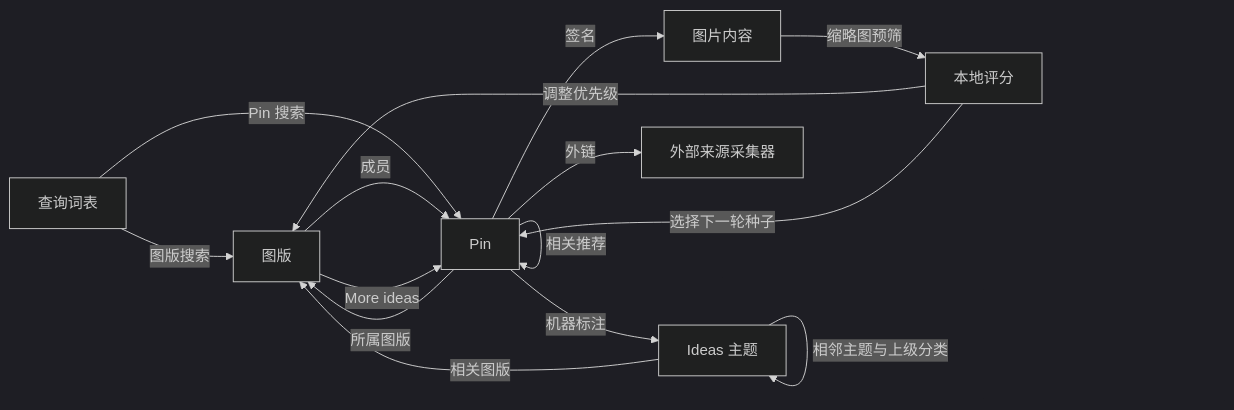
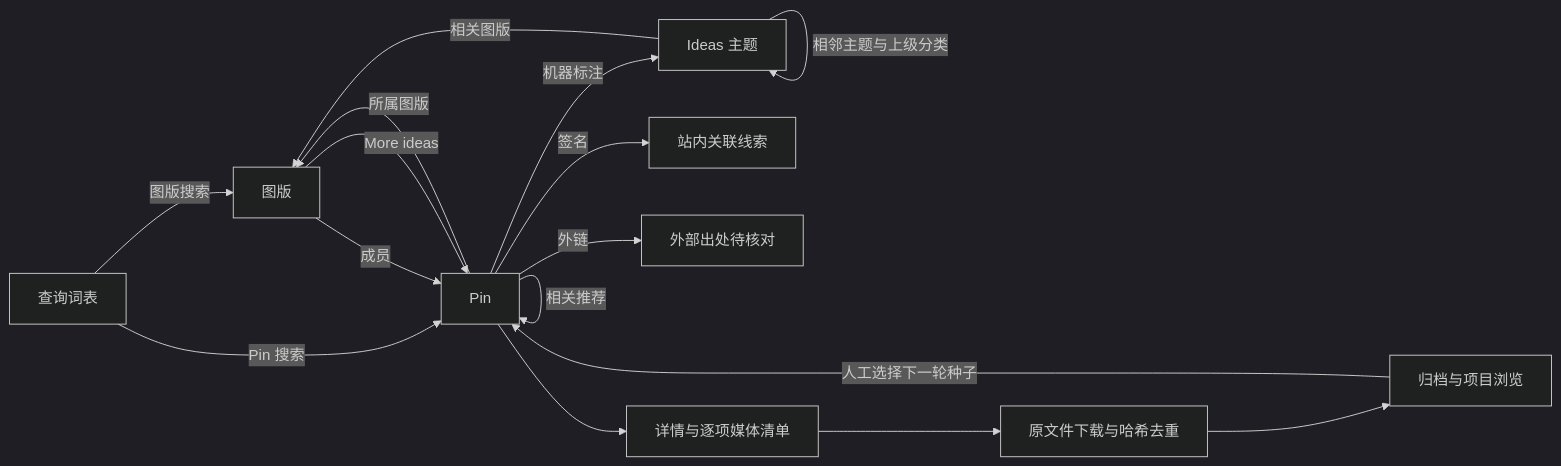
One commit to Xuness/Dataset_Studio changed the diagram in docs/plans/Dataset Scraping/pinterest-discovery-strategy.md. Above: the diagram before and after it, drawn with Mermaid (dark theme). The commit also changed other lines of this file and 5 other files, not shown here.

````diff
--- a/docs/plans/Dataset Scraping/pinterest-discovery-strategy.md
+++ b/docs/plans/Dataset Scraping/pinterest-discovery-strategy.md
@@ -119,17 +123,18 @@
 ```mermaid
 flowchart LR
     Q[查询词表] -->|图版搜索| B[图版]
     Q -->|Pin 搜索| P[Pin]
     I[Ideas 主题] -->|相关图版| B
     I -->|相邻主题与上级分类| I
     B -->|成员| P
     B -->|More ideas| P
     P -->|相关推荐| P
     P -->|所属图版| B
     P -->|机器标注| I
-    P -->|签名| S[图片内容]
-    P -->|外链| X[外部来源采集器]
-    S -->|缩略图预筛| E[本地评分]
-    E -->|调整优先级| B
-    E -->|选择下一轮种子| P
+    P -->|签名| S[站内关联线索]
+    P -->|外链| X[外部出处待核对]
+    P --> D[详情与逐项媒体清单]
+    D --> F[原文件下载与哈希去重]
+    F --> A[归档与项目浏览]
+    A -->|人工选择下一轮种子| P
 ```
````
